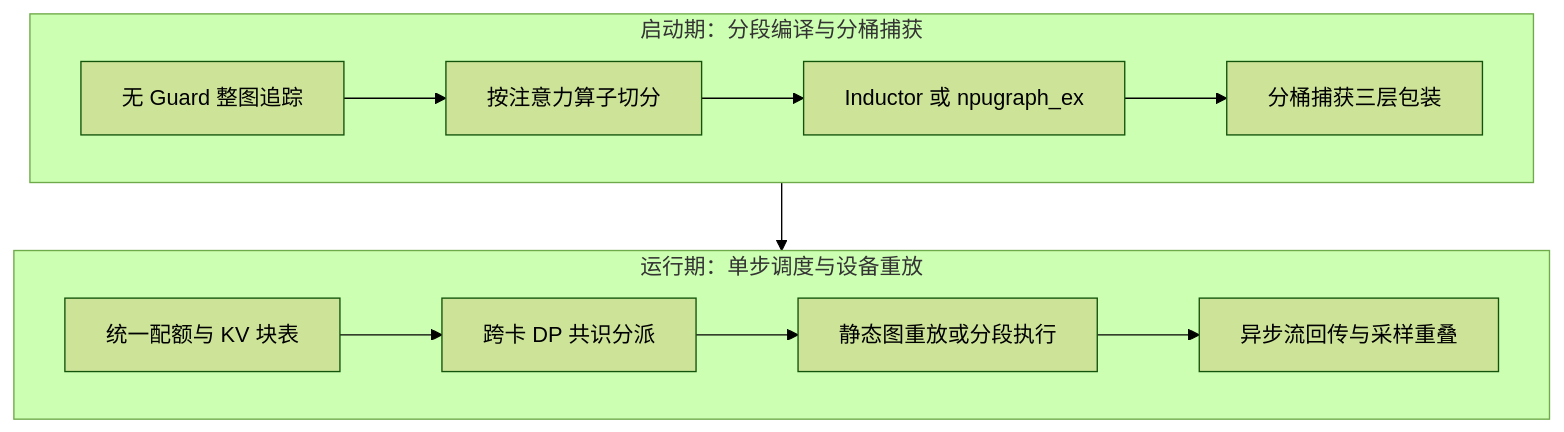
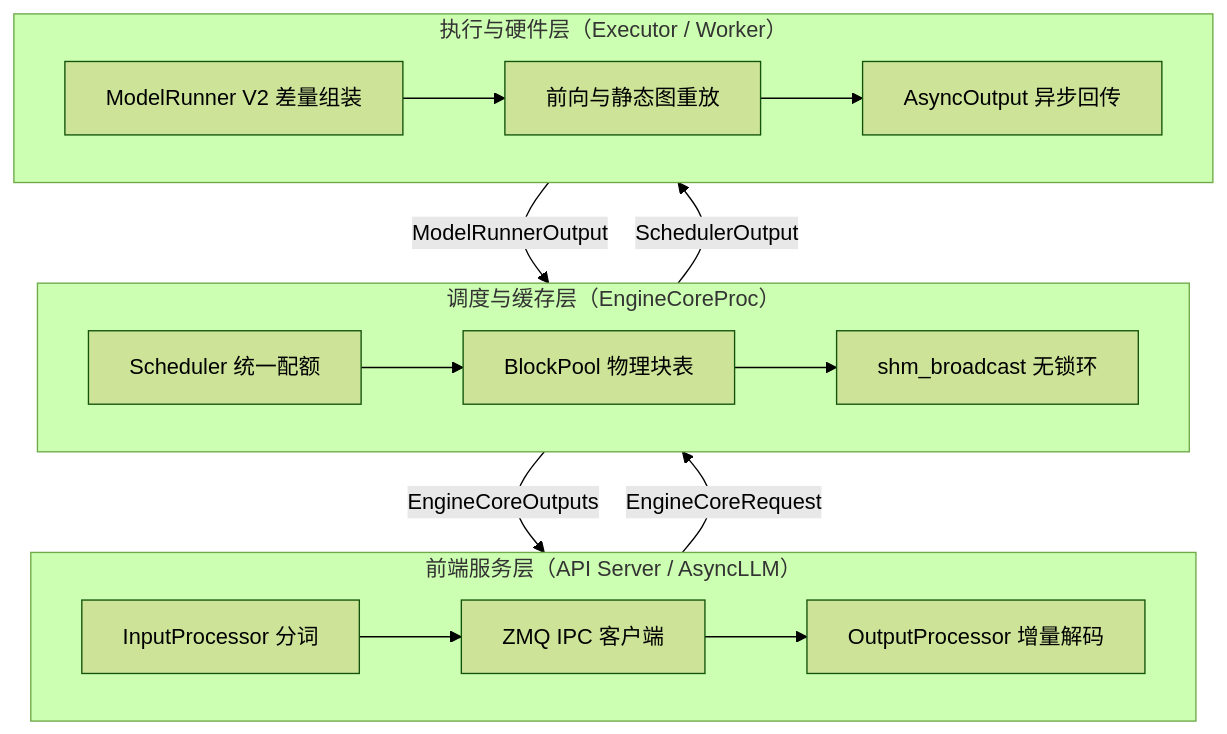
One commit to xingcanlee/infra-note changed the diagram in src/content/posts/vllm/index.mdx. Above: the diagram before and after it, drawn with Mermaid (forest theme). The commit also changed other lines of this file and 110 other files, not shown here.

Commit message:
feat(vllm,vllm-ascend): overhaul vLLM V1 and vLLM-Ascend series with explainers, diagrams, specs, and terminology fixes

````diff
--- a/src/content/posts/vllm/index.mdx
+++ b/src/content/posts/vllm/index.mdx
@@ -22,16 +20,22 @@
-```mermaid caption="图 1：推理引擎启动期构图与运行期单步执行链路"
+```mermaid caption="图 1：vLLM V1 自顶向下三层架构与请求流向"
 flowchart TB
-    subgraph BOOT["启动期：分段编译与分桶捕获"]
+    subgraph FE["前端服务层（API Server / AsyncLLM）"]
         direction LR
-        B1["无 Guard 整图追踪"] --> B2["按注意力算子切分"]
-        B2 --> B3["Inductor 或 npugraph_ex"]
-        B3 --> B4["分桶捕获三层包装"]
+        F1["InputProcessor 分词"] --> F2["ZMQ IPC 客户端"]
+        F2 --> F3["OutputProcessor 增量解码"]
     end
-    subgraph STEP["运行期：单步调度与设备重放"]
+    subgraph EC["调度与缓存层（EngineCoreProc）"]
         direction LR
-        R1["统一配额与 KV 块表"] --> R2["跨卡 DP 共识分派"]
-        R2 --> R3["静态图重放或分段执行"]
-        R3 --> R4["异步流回传与采样重叠"]
+        E1["Scheduler 统一配额"] --> E2["BlockPool 物理块表"]
+        E2 --> E3["shm_broadcast 无锁环"]
     end
-    B4 --> R3
+    subgraph WK["执行与硬件层（Executor / Worker）"]
+        direction LR
+        W1["ModelRunner V2 差量组装"] --> W2["前向与静态图重放"]
+        W2 --> W3["AsyncOutput 异步回传"]
+    end
+    FE -->|"EngineCoreRequest"| EC
+    EC -->|"SchedulerOutput"| WK
+    WK -->|"ModelRunnerOutput"| EC
+    EC -->|"EngineCoreOutputs"| FE
 ```
````
